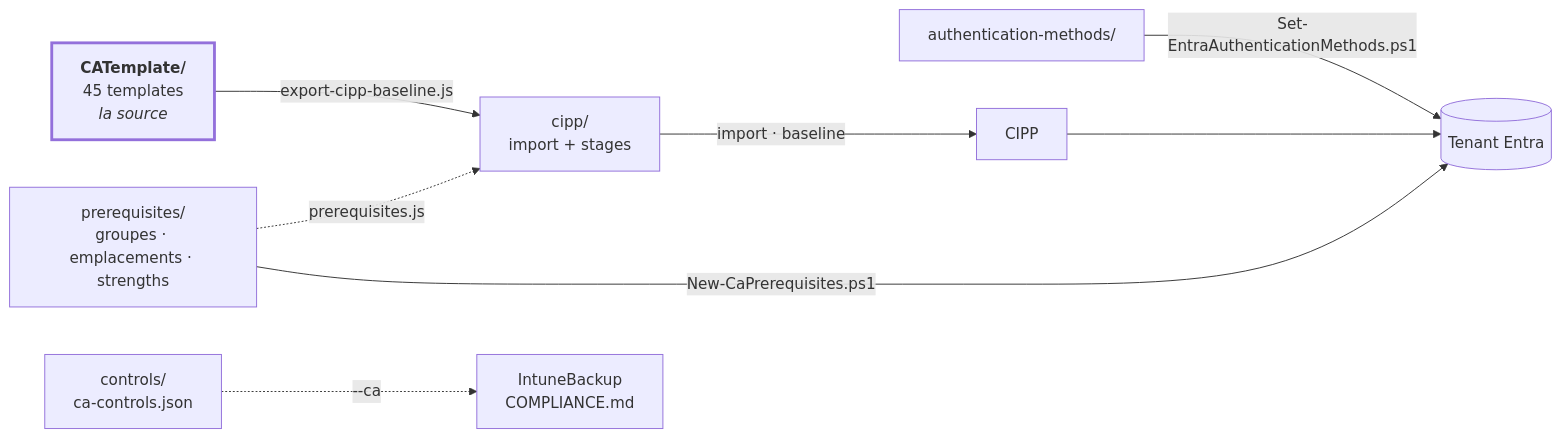
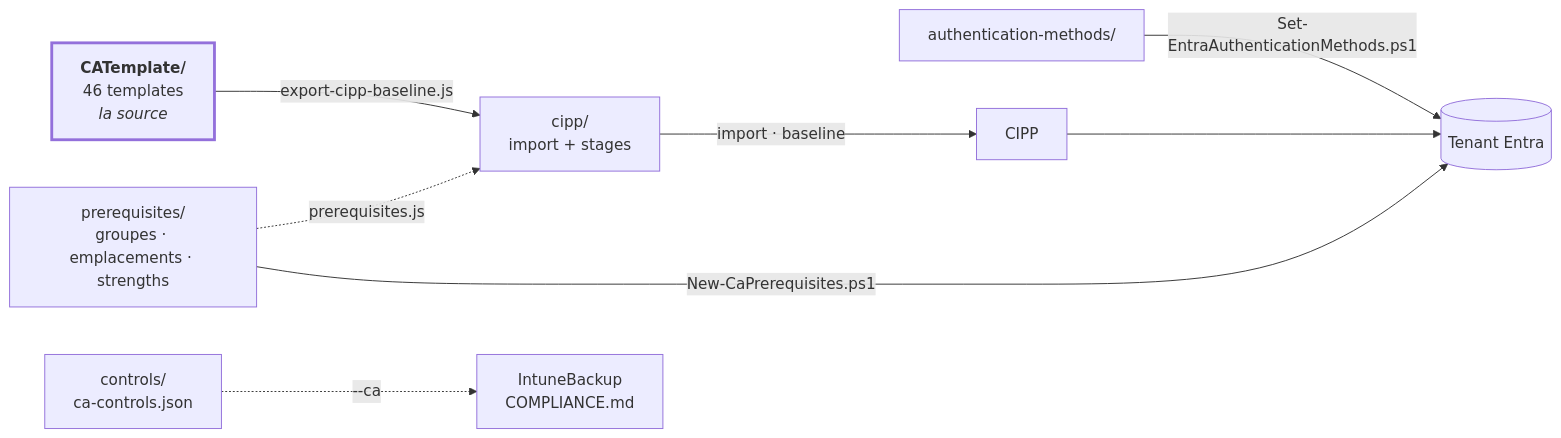
Before and after one commit to sjkanon/CA-Policies: the diagram in README.fr.md, drawn with Mermaid. The commit also changed other lines of this file and 24 other files, not shown here.

````diff
--- a/README.fr.md
+++ b/README.fr.md
@@ -11,19 +11,19 @@
 ```mermaid
 flowchart LR
-  T["<b>CATemplate/</b><br/>45 templates<br/><i>la source</i>"]
+  T["<b>CATemplate/</b><br/>46 templates<br/><i>la source</i>"]
   P["prerequisites/<br/>groupes · emplacements · strengths"]
   C["controls/<br/>ca-controls.json"]
   A["authentication-methods/"]
   X["cipp/<br/>import + stages"]
   TEN[("Tenant Entra")]
 
   T -->|export-cipp-baseline.js| X
   P -.->|prerequisites.js| X
   X -->|import · baseline| CIPP[CIPP]
   CIPP --> TEN
   P -->|New-CaPrerequisites.ps1| TEN
   A -->|Set-EntraAuthenticationMethods.ps1| TEN
   C -.->|--ca| IB["IntuneBackup<br/>COMPLIANCE.md"]
 
   style T stroke-width:3px
 ```
````
